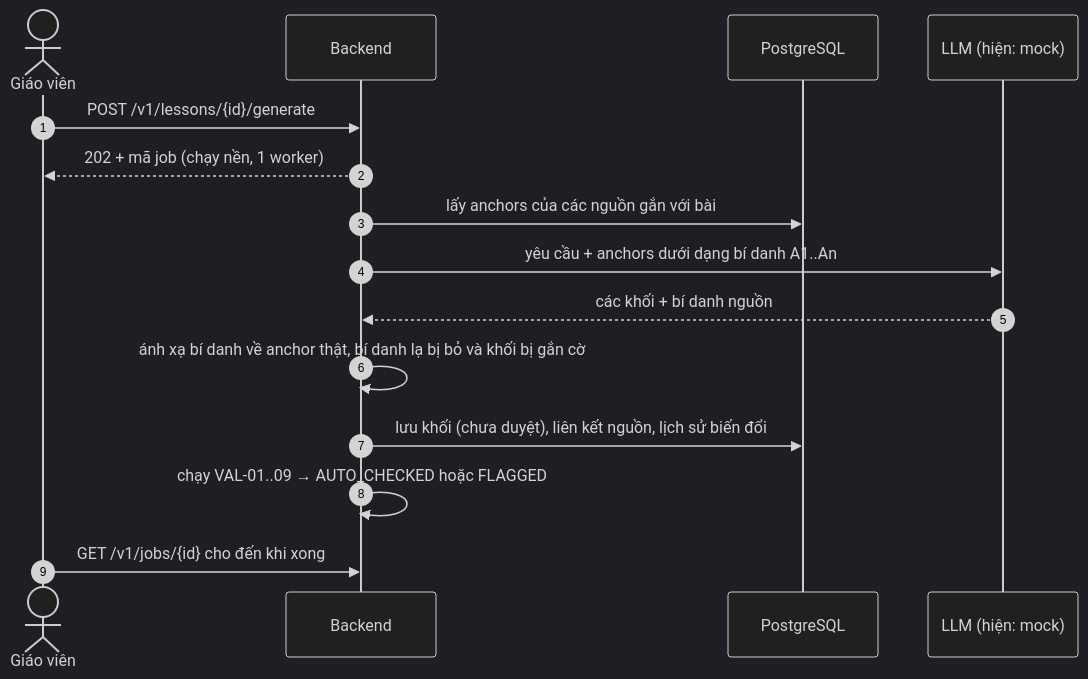
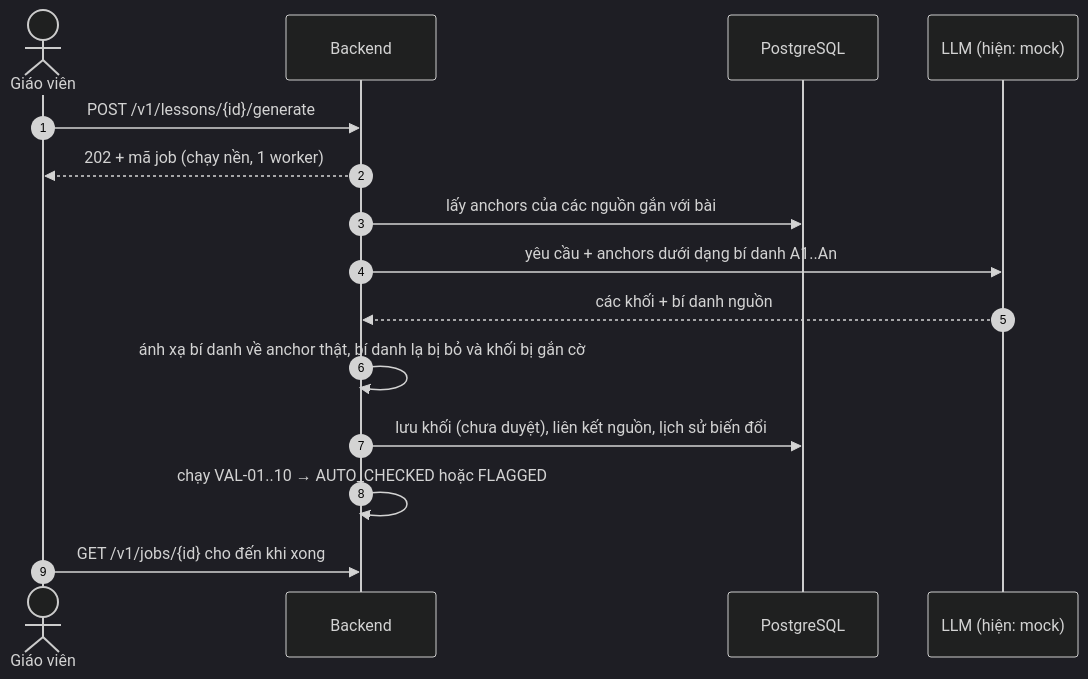
One commit to preclass-ai/PreClassAI changed the sixth of 7 diagrams in docs/Proposal.md. Above: the diagram before and after it, drawn with Mermaid (dark theme). The commit also changed other lines of this file and 21 other files, not shown here.

````diff
--- a/docs/Proposal.md
+++ b/docs/Proposal.md
@@ -304,17 +305,17 @@
 ```mermaid
 sequenceDiagram
     autonumber
     actor GV as Giáo viên
     participant API as Backend
     participant DB as PostgreSQL
     participant L as LLM (hiện: mock)
     GV->>API: POST /v1/lessons/{id}/generate
     API-->>GV: 202 + mã job (chạy nền, 1 worker)
     API->>DB: lấy anchors của các nguồn gắn với bài
     API->>L: yêu cầu + anchors dưới dạng bí danh A1..An
     L-->>API: các khối + bí danh nguồn
     API->>API: ánh xạ bí danh về anchor thật, bí danh lạ bị bỏ và khối bị gắn cờ
     API->>DB: lưu khối (chưa duyệt), liên kết nguồn, lịch sử biến đổi
-    API->>API: chạy VAL-01..09 → AUTO_CHECKED hoặc FLAGGED
+    API->>API: chạy VAL-01..10 → AUTO_CHECKED hoặc FLAGGED
     GV->>API: GET /v1/jobs/{id} cho đến khi xong
 ```
````
